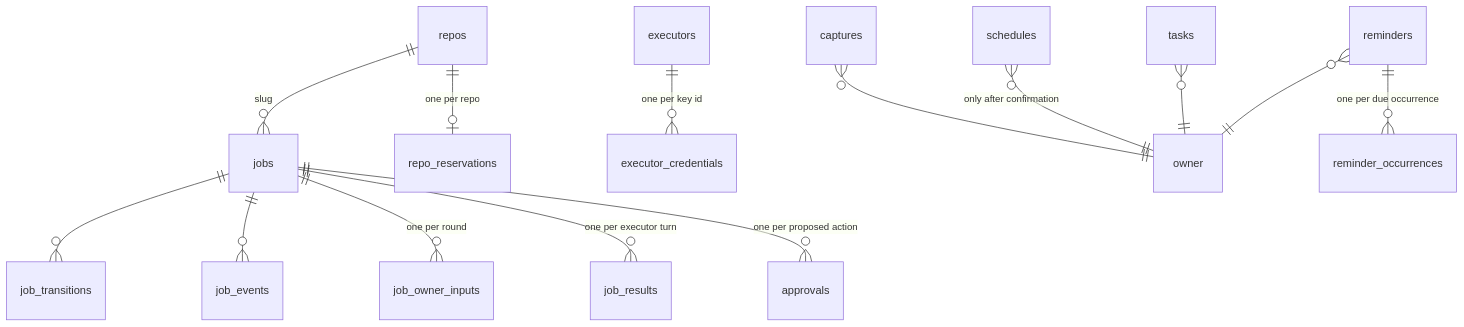
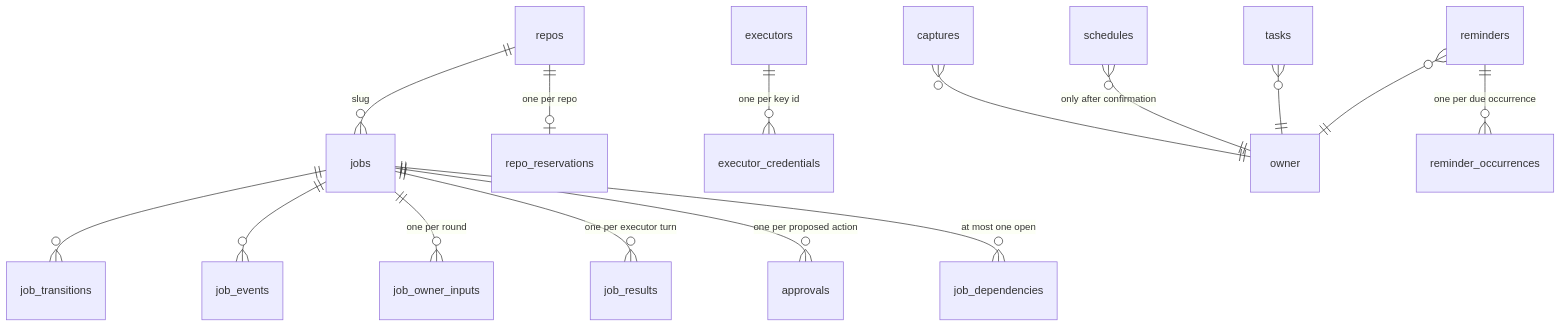
The fourth of 5 diagrams in docs/ARCHITECTURE.md (duckycodess/ducky-bot), drawn with Mermaid before and after one commit. The commit also changed other lines of this file and 43 other files, not shown here.

````diff
--- a/docs/ARCHITECTURE.md
+++ b/docs/ARCHITECTURE.md
@@ -212,16 +212,17 @@
 ```mermaid
 erDiagram
   repos ||--o{ jobs : "slug"
   repos ||--o| repo_reservations : "one per repo"
   jobs ||--o{ job_transitions : ""
   jobs ||--o{ job_events : ""
   jobs ||--o{ job_owner_inputs : "one per round"
   jobs ||--o{ job_results : "one per executor turn"
   jobs ||--o{ approvals : "one per proposed action"
+  jobs ||--o{ job_dependencies : "at most one open"
   executors ||--o{ executor_credentials : "one per key id"
   captures }o--|| owner : ""
   schedules }o--|| owner : "only after confirmation"
   tasks }o--|| owner : ""
   reminders }o--|| owner : ""
   reminders ||--o{ reminder_occurrences : "one per due occurrence"
 ```
````
